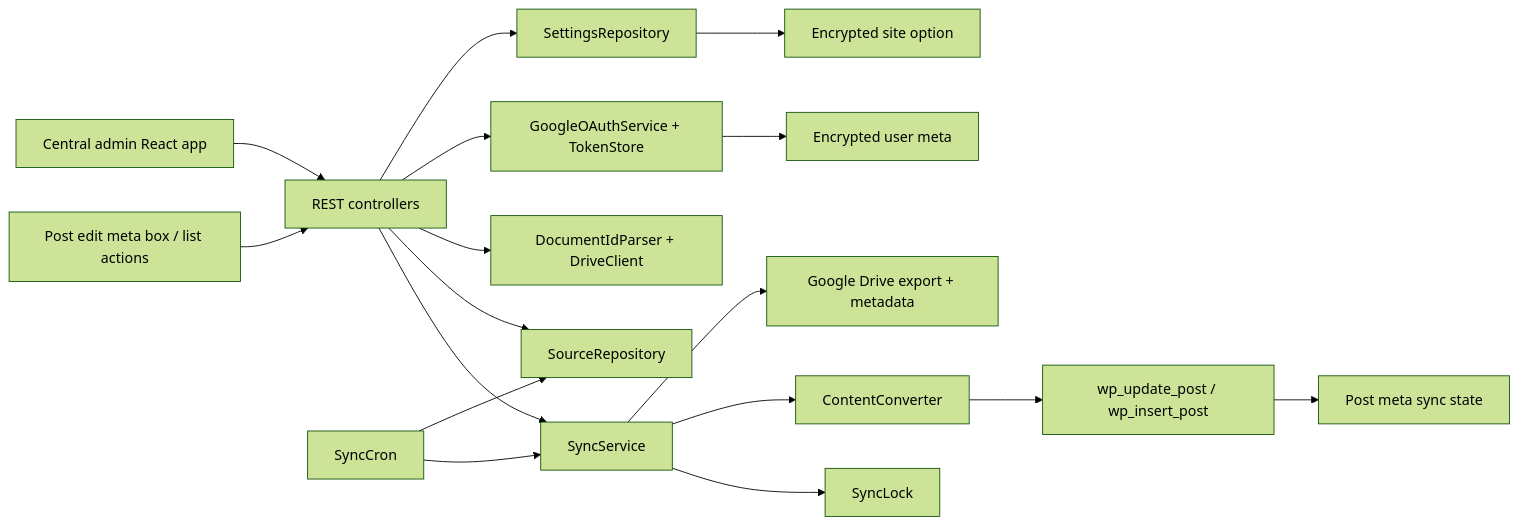
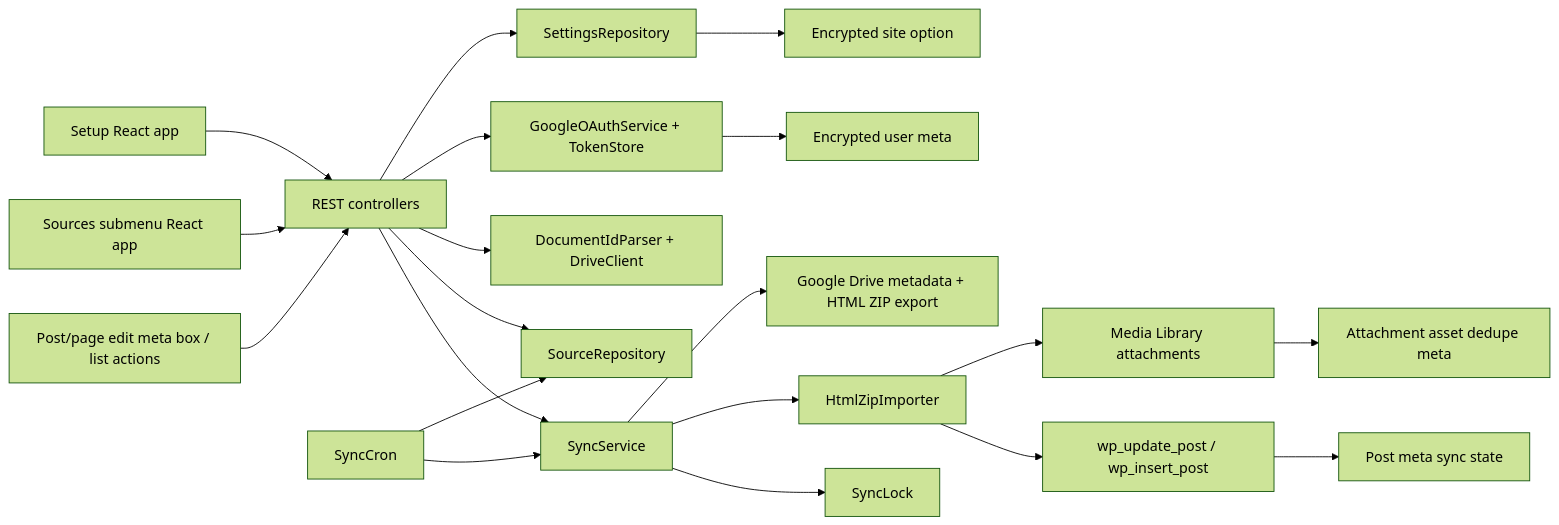
Before and after one commit to Brasth/DocSync-WP: the diagram in docs/system-architecture.md, drawn with Mermaid (forest theme). The commit also changed other lines of this file and 29 other files, not shown here.

Commit message:
feat: add sources page and media sync

````diff
--- a/docs/system-architecture.md
+++ b/docs/system-architecture.md
@@ -17,19 +18,22 @@
 ```mermaid
 flowchart LR
-  AdminApp["Central admin React app"] --> REST["REST controllers"]
-  PostUI["Post edit meta box / list actions"] --> REST
+  SetupApp["Setup React app"] --> REST["REST controllers"]
+  SourcesApp["Sources submenu React app"] --> REST
+  TargetUI["Post/page edit meta box / list actions"] --> REST
   REST --> Settings["SettingsRepository"]
   REST --> OAuth["GoogleOAuthService + TokenStore"]
   REST --> Docs["DocumentIdParser + DriveClient"]
   REST --> Sources["SourceRepository"]
   REST --> Sync["SyncService"]
-  Sync --> Drive["Google Drive export + metadata"]
-  Sync --> Convert["ContentConverter"]
+  Sync --> Drive["Google Drive metadata + HTML ZIP export"]
+  Sync --> Import["HtmlZipImporter"]
   Sync --> Lock["SyncLock"]
-  Convert --> WP["wp_update_post / wp_insert_post"]
+  Import --> Media["Media Library attachments"]
+  Import --> WP["wp_update_post / wp_insert_post"]
   WP --> Meta["Post meta sync state"]
+  Media --> AttachmentMeta["Attachment asset dedupe meta"]
   OAuth --> Tokens["Encrypted user meta"]
   Settings --> Opts["Encrypted site option"]
   Cron["SyncCron"] --> Sources
   Cron --> Sync
 ```
````
